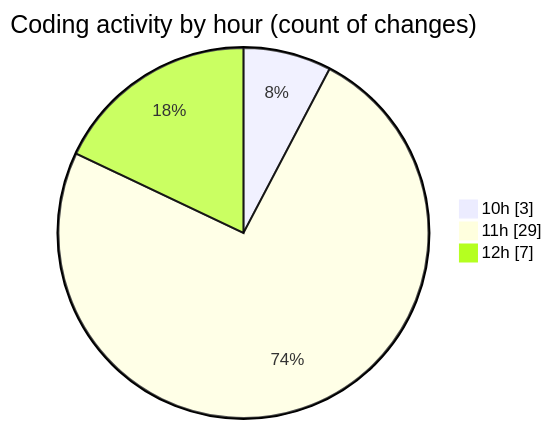
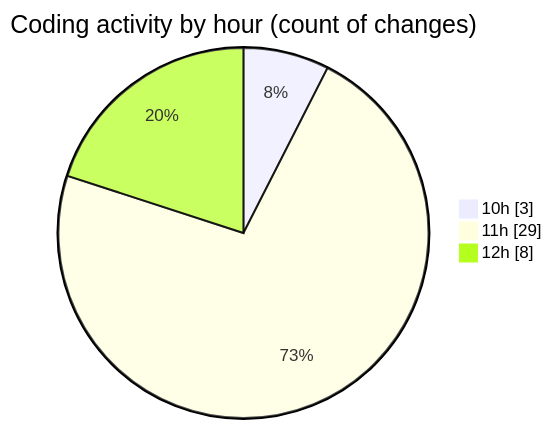
Before and after one commit to EIIisD/code-tracking: the second of 2 diagrams in 2025-08-14/ribbon/README.md, drawn with Mermaid. The commit also changed other lines of this file and 1 other file, not shown here.

````diff
--- a/2025-08-14/ribbon/README.md
+++ b/2025-08-14/ribbon/README.md
@@ -37,7 +37,7 @@
 ```mermaid
 pie showData
 title Coding activity by hour (count of changes)
 "10h" : 3
 "11h" : 29
-"12h" : 7
+"12h" : 8
 ```
````
